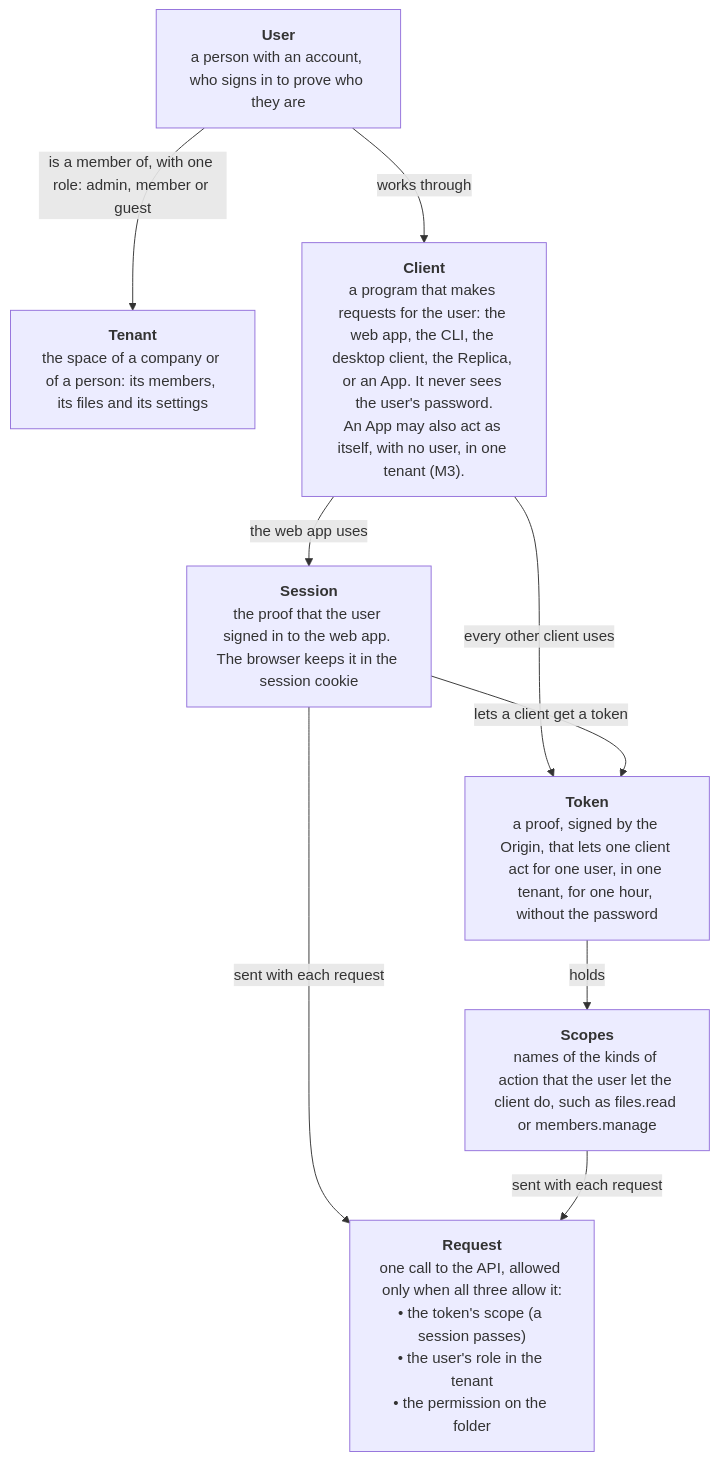
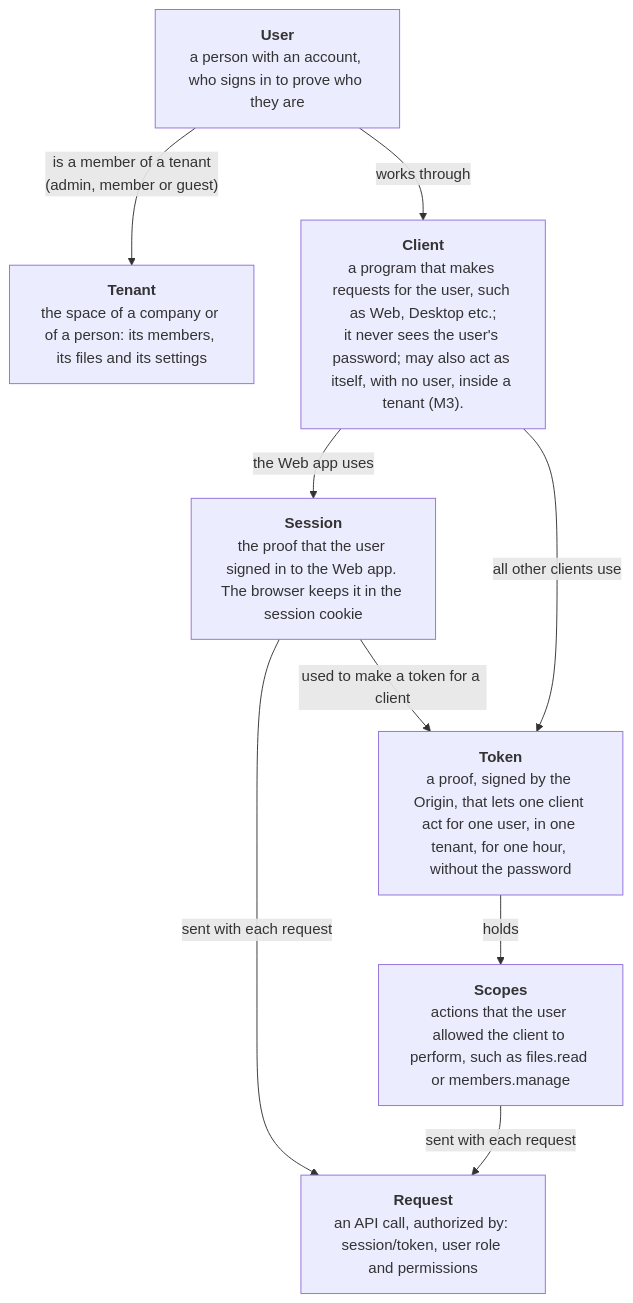
Before and after one commit to vpalos/BigFatFile: the first of 5 diagrams in docs/architecture/Architecture.Authentication.md, drawn with Mermaid. The commit also changed other lines of this file and 5 other files, not shown here.

First line of the commit message:
Show the designed sign-in flows in the Authentication diagrams, and add the external sign-in.

````diff
--- a/docs/architecture/Architecture.Authentication.md
+++ b/docs/architecture/Architecture.Authentication.md
@@ -10,30 +12,28 @@
 ```mermaid
 flowchart TB
     User["`**User**
     a person with an account, who signs in to prove who they are`"]
     Tenant["`**Tenant**
     the space of a company or of a person: its members, its files and its settings`"]
     Client["`**Client**
-    a program that makes requests for the user: the web app, the CLI, the desktop client, the Replica, or an App. It never sees the user's password.
-    An App may also act as itself, with no user, in one tenant (M3).`"]
+    a program that makes requests for the user, such as Web, Desktop etc.;
+    it never sees the user's password; may also act as itself, with no user, inside a tenant (M3).`"]
     Session["`**Session**
-    the proof that the user signed in to the web app. The browser keeps it in the session cookie`"]
+    the proof that the user signed in to the Web app. The browser keeps it in the session cookie`"]
     Token["`**Token**
     a proof, signed by the Origin, that lets one client act for one user, in one tenant, for one hour, without the password`"]
     Scopes["`**Scopes**
-    names of the kinds of action that the user let the client do, such as files.read or members.manage`"]
+    actions that the user allowed the client to perform, such as files.read or members.manage`"]
     Request["`**Request**
-    one call to the API, allowed only when all three allow it:
-    • the token's scope (a session passes)
-    • the user's role in the tenant
-    • the permission on the folder`"]
+    an API call, authorized by: session/token, user role and permissions`"]
 
-    User -->|"is a member of, with one role: admin, member or guest"| Tenant
+    User -->|"is a member of a tenant
+    (admin, member or guest)"| Tenant
     User -->|works through| Client
-    Client -->|the web app uses| Session
-    Client -->|every other client uses| Token
-    Session -->|lets a client get a token| Token
+    Client -->|the Web app uses| Session
+    Session -->|used to make a token for a client| Token
+    Client -->|all other clients use| Token
     Token -->|holds| Scopes
     Session -->|sent with each request| Request
     Scopes -->|sent with each request| Request
 ```
````
